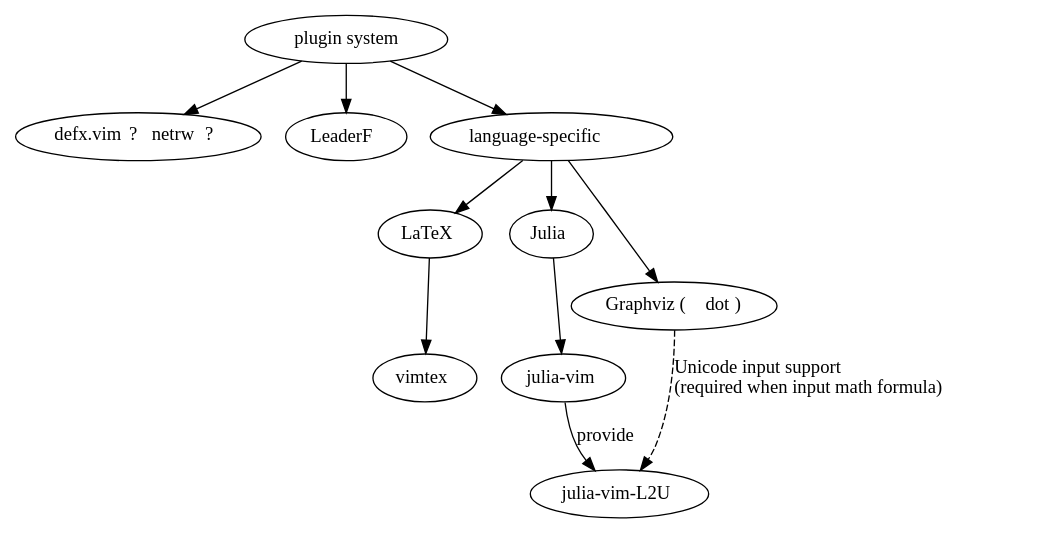
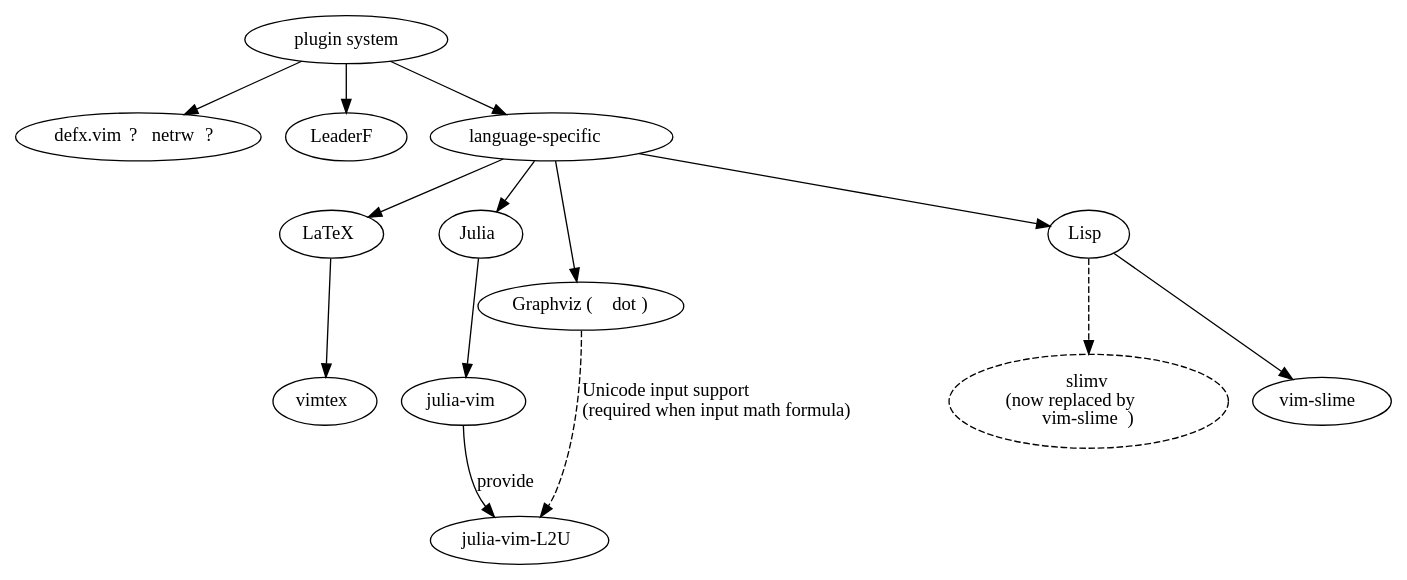
Before and after one commit to Deeperand/deevim: the diagram in doc/graph/plugin.dot, drawn with Graphviz.

Commit message:
feat: add lisp dependence in `plugin.dot`

```diff
--- a/doc/graph/plugin.dot
+++ b/doc/graph/plugin.dot
@@ -1,37 +1,50 @@
 digraph G
 {
 
 plugin_sys [label="plugin system"];
 plugin_sys -> filetree;
 plugin_sys -> fuzzy_search;
 plugin_sys -> language
 
 filetree [label = <<FONT FACE='MesloLGS NF'>defx.vim</FONT> ? <FONT FACE='MesloLGS NF'>netrw</FONT> ?>];
 fuzzy_search [label = <<FONT FACE='MesloLGS NF'>LeaderF</FONT>>];
 
 language [label = <language-specific>];
 language -> tex;
 language -> julia;
 language -> graphviz;
+language -> lisp;
 
 tex [label = <LaTeX>];
 tex -> vimtex;
 
 vimtex[label = <<FONT FACE='MesloLGS NF'>vimtex</FONT>>];
 
 julia [label = <Julia>];
 julia -> julia_vim;
 
 julia_vim [label = <<FONT FACE='MesloLGS NF'>julia-vim</FONT>>];
 julia_vim -> L2U [label = < provide>];
 
 L2U [label = <<FONT FACE='MesloLGS NF'>julia-vim-L2U</FONT>>];
 
 graphviz [label = <Graphviz (<FONT FACE='MesloLGS NF'>dot</FONT>)>];
 graphviz -> L2U
 [
   label = < Unicode input support<br align="left"/> (required when input math formula)>,
   style = dashed
 ];
 
+lisp [label = <Lisp>];
+lisp -> slimv
+[
+  label = <>,
+  style = dashed
+];
+slimv [style = dashed, label = <<FONT FACE='MesloLGS NF'>slimv</FONT><br/>
+  (now replaced by<br align="left"/><FONT FACE='MesloLGS NF'>vim-slime</FONT>)>];
+
+lisp -> vim_slime;
+vim_slime [label = <<FONT FACE='MesloLGS NF'>vim-slime</FONT>>];
+
 }
```
